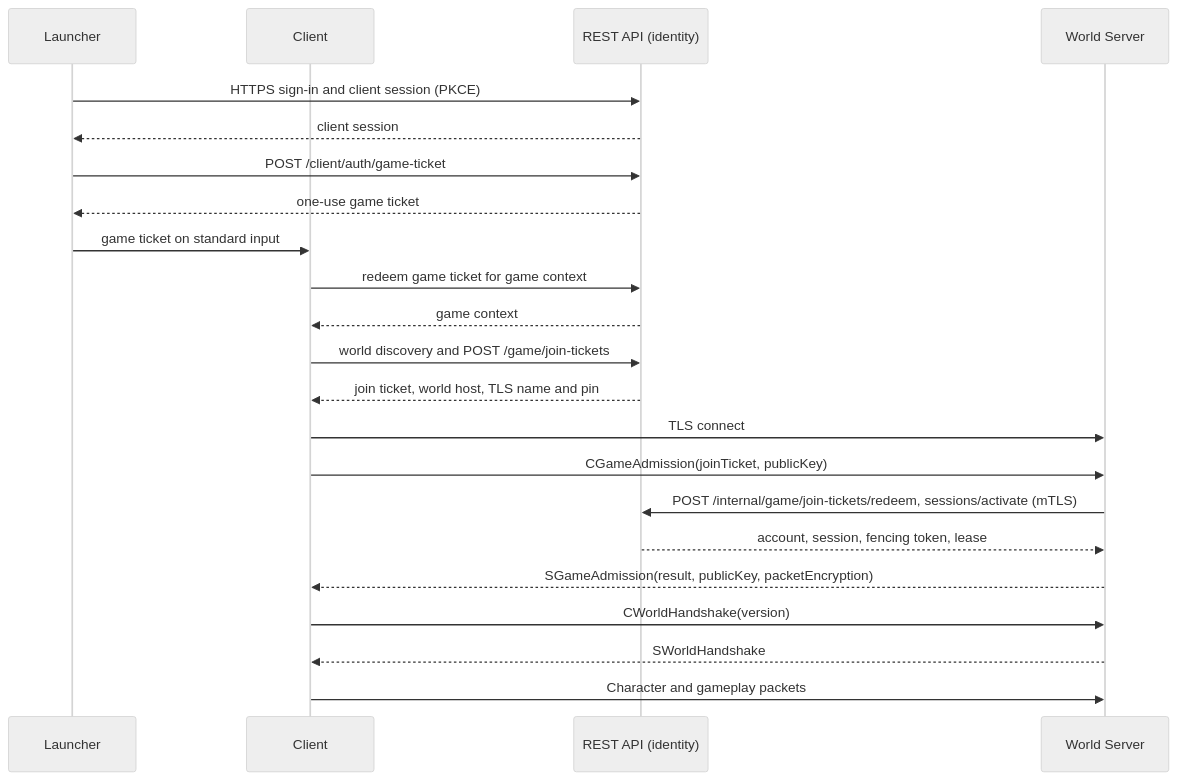
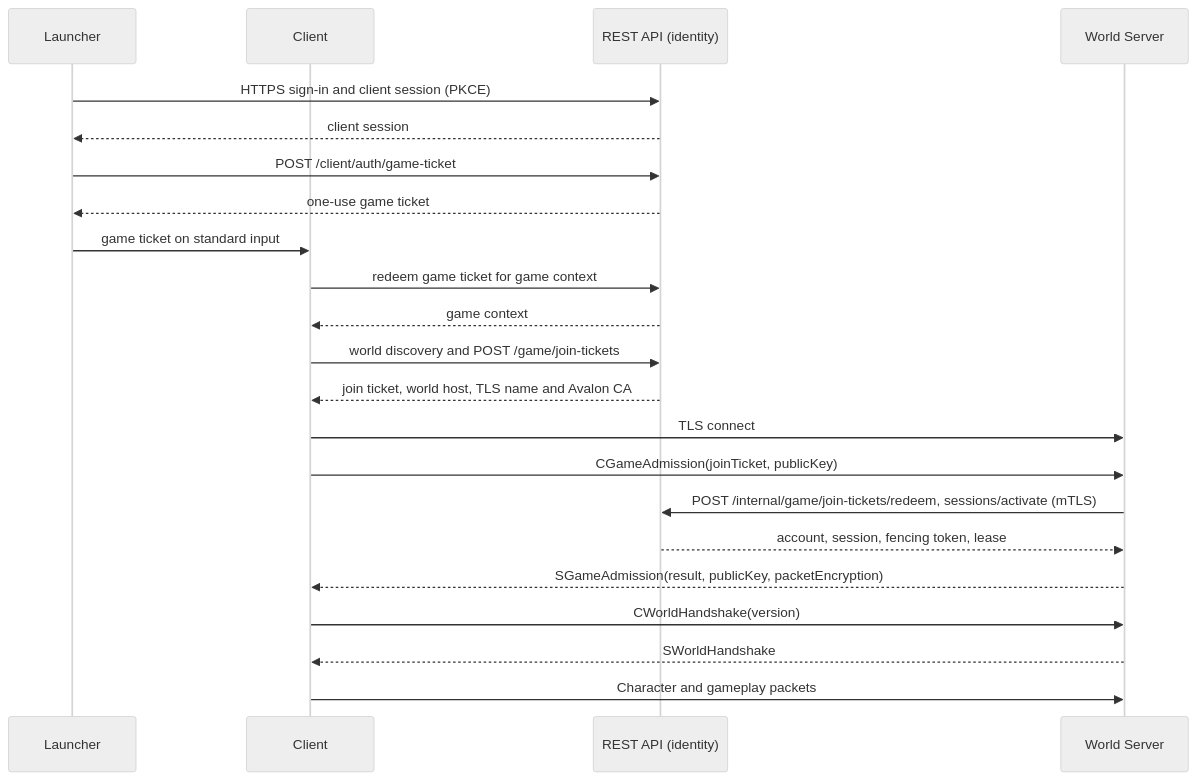
One commit to WoozChucky/Avalon.Server changed the diagram in docs/networking-packet-protocol.md. Above: the diagram before and after it, drawn with Mermaid (neutral theme). The commit also changed other lines of this file and 56 other files, not shown here.

````diff
--- a/docs/networking-packet-protocol.md
+++ b/docs/networking-packet-protocol.md
@@ -559,25 +558,25 @@
 ```mermaid
 sequenceDiagram
     participant Launcher
     participant Client
     participant Api as REST API (identity)
     participant World as World Server
 
     Launcher->>Api: HTTPS sign-in and client session (PKCE)
     Api-->>Launcher: client session
     Launcher->>Api: POST /client/auth/game-ticket
     Api-->>Launcher: one-use game ticket
     Launcher->>Client: game ticket on standard input
     Client->>Api: redeem game ticket for game context
     Api-->>Client: game context
     Client->>Api: world discovery and POST /game/join-tickets
-    Api-->>Client: join ticket, world host, TLS name and pin
+    Api-->>Client: join ticket, world host, TLS name and Avalon CA
     Client->>World: TLS connect
     Client->>World: CGameAdmission(joinTicket, publicKey)
     World->>Api: POST /internal/game/join-tickets/redeem, sessions/activate (mTLS)
     Api-->>World: account, session, fencing token, lease
     World-->>Client: SGameAdmission(result, publicKey, packetEncryption)
     Client->>World: CWorldHandshake(version)
     World-->>Client: SWorldHandshake
     Client->>World: Character and gameplay packets
 ```
````
